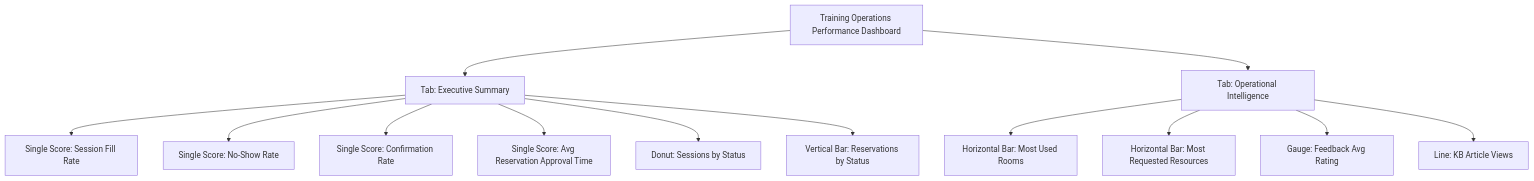
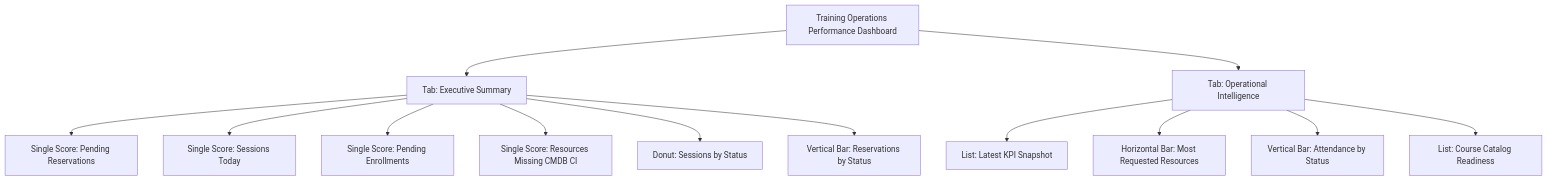
One commit to Artur-data-DEV/Training-Operations-Command-Center changed the diagram in src/fluent/dashboards/platform-analytics-layout.md. Above: the diagram before and after it, drawn with Mermaid. The commit also changed other lines of this file and 23 other files, not shown here.

````diff
--- a/src/fluent/dashboards/platform-analytics-layout.md
+++ b/src/fluent/dashboards/platform-analytics-layout.md
@@ -5,18 +5,18 @@
 ```mermaid
 flowchart TB
     D[Training Operations Performance Dashboard]
     D --> T1[Tab: Executive Summary]
     D --> T2[Tab: Operational Intelligence]
 
-    T1 --> W1[Single Score: Session Fill Rate]
-    T1 --> W2[Single Score: No-Show Rate]
-    T1 --> W3[Single Score: Confirmation Rate]
-    T1 --> W4[Single Score: Avg Reservation Approval Time]
+    T1 --> W1[Single Score: Pending Reservations]
+    T1 --> W2[Single Score: Sessions Today]
+    T1 --> W3[Single Score: Pending Enrollments]
+    T1 --> W4[Single Score: Resources Missing CMDB CI]
     T1 --> W5[Donut: Sessions by Status]
     T1 --> W6[Vertical Bar: Reservations by Status]
 
-    T2 --> W7[Horizontal Bar: Most Used Rooms]
+    T2 --> W7[List: Latest KPI Snapshot]
     T2 --> W8[Horizontal Bar: Most Requested Resources]
-    T2 --> W9[Gauge: Feedback Avg Rating]
-    T2 --> W10[Line: KB Article Views]
+    T2 --> W9[Vertical Bar: Attendance by Status]
+    T2 --> W10[List: Course Catalog Readiness]
 ```
````
